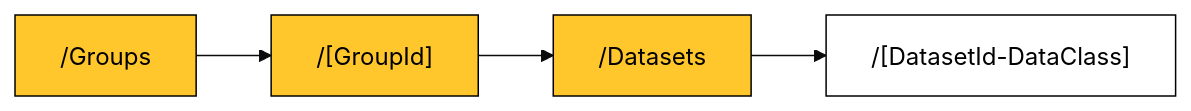
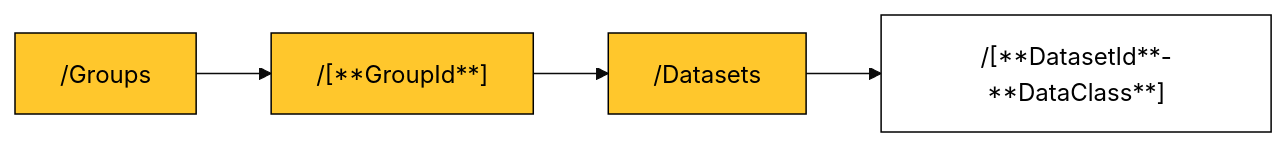
The second of 3 diagrams in site/docs/hdf5-structure/public-group.md (Evident-Industrial/NDE_Open_File_Format), drawn with Mermaid (base theme) before and after one commit. The commit also changed other lines of this file and 25 other files, not shown here.

````diff
--- a/site/docs/hdf5-structure/public-group.md
+++ b/site/docs/hdf5-structure/public-group.md
@@ -30,9 +30,9 @@
 ``` mermaid
 flowchart LR
-  Groups["/Groups"]:::group --> GroupId["/[GroupId]"]
-  GroupId["/[GroupId]"]:::group --> Datasets["/Datasets"]
-  Datasets["/Datasets"]:::group --> DatasetId-DataClass["/[DatasetId-DataClass]"]:::dataset
+  Groups["/Groups"]:::group --> GroupId["/[**GroupId**]"]
+  GroupId["/[**GroupId**]"]:::group --> Datasets["/Datasets"]
+  Datasets["/Datasets"]:::group --> DatasetId-DataClass["/[**DatasetId**-**DataClass**]"]:::dataset
   classDef root fill:#005cb9,stroke:#000000,color:#fff
   classDef group fill:#ffc72c,stroke:#000000,color:#000000
   classDef dataset fill:#fff,stroke:#000000,color:#000000
 ```
````
